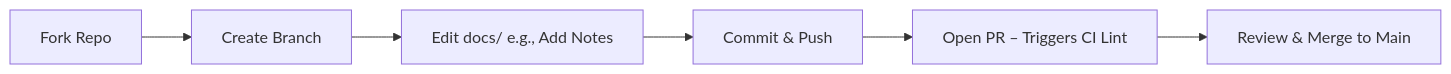
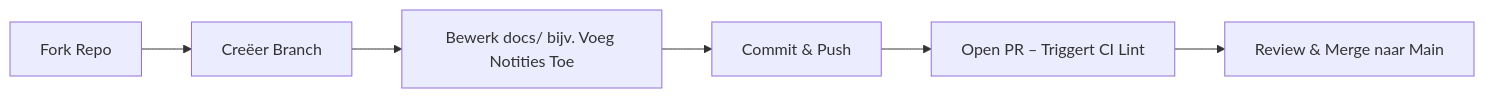
Before and after one commit to JonasCruzMartinez/devops-workshop-vitepress: the diagram in docs/theory/code.md, drawn with Mermaid. The commit also changed other lines of this file and 25 other files, not shown here.

````diff
--- a/docs/theory/code.md
+++ b/docs/theory/code.md
@@ -20,8 +71,8 @@
 ```mermaid
 graph LR
-  A[Fork Repo] --> B[Create Branch]
-  B --> C[Edit docs/ e.g., Add Notes]
+  A[Fork Repo] --> B[Creëer Branch]
+  B --> C[Bewerk docs/ bijv. Voeg Notities Toe]
   C --> D[Commit & Push]
-  D --> E[Open PR – Triggers CI Lint]
-  E --> F[Review & Merge to Main]
+  D --> E[Open PR – Triggert CI Lint]
+  E --> F[Review & Merge naar Main]
 ```
````
